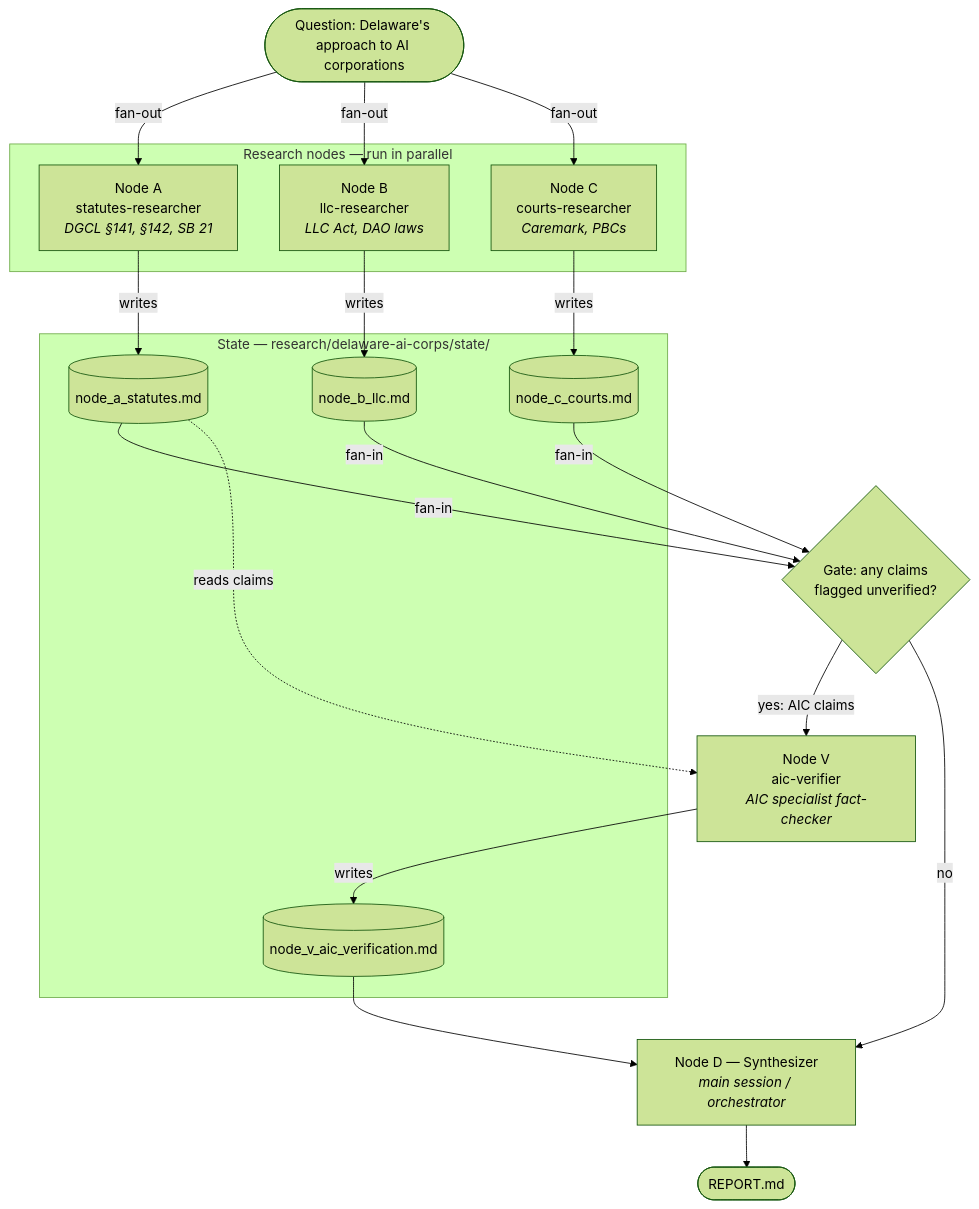
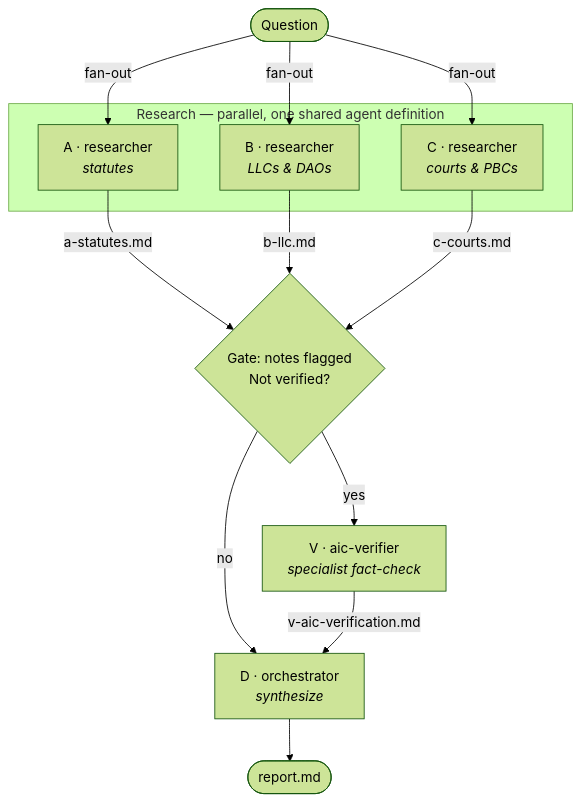
Before and after one commit to alexapanati-alt/AI-Corp: the diagram in README.md, drawn with Mermaid (forest theme). The commit also changed other lines of this file and 12 other files, not shown here.

First line of the commit message:
Flatten repo and merge researcher agents into one definition

````diff
--- a/README.md
+++ b/README.md
@@ -11,34 +11,24 @@
 ```mermaid
 flowchart TD
-    Q([Question: Delaware's approach to AI corporations])
+    Q([Question])
 
-    subgraph R[Research nodes — run in parallel]
-        A[Node A<br/>statutes-researcher<br/><i>DGCL §141, §142, SB 21</i>]
-        B[Node B<br/>llc-researcher<br/><i>LLC Act, DAO laws</i>]
-        C[Node C<br/>courts-researcher<br/><i>Caremark, PBCs</i>]
+    subgraph R[Research — parallel, one shared agent definition]
+        A[A · researcher<br/><i>statutes</i>]
+        B[B · researcher<br/><i>LLCs & DAOs</i>]
+        C[C · researcher<br/><i>courts & PBCs</i>]
     end
 
-    subgraph S[State — research/delaware-ai-corps/state/]
-        SA[(node_a_statutes.md)]
-        SB[(node_b_llc.md)]
-        SC[(node_c_courts.md)]
-        SV[(node_v_aic_verification.md)]
-    end
-
-    G{Gate: any claims<br/>flagged unverified?}
-    V[Node V<br/>aic-verifier<br/><i>AIC specialist fact-checker</i>]
-    D[Node D — Synthesizer<br/><i>main session / orchestrator</i>]
-    OUT([REPORT.md])
+    G{Gate: notes flagged<br/>Not verified?}
+    V[V · aic-verifier<br/><i>specialist fact-check</i>]
+    D[D · orchestrator<br/><i>synthesize</i>]
+    OUT([report.md])
 
     Q -->|fan-out| A & B & C
-    A -->|writes| SA
-    B -->|writes| SB
-    C -->|writes| SC
-    SA & SB & SC -->|fan-in| G
-    G -->|yes: AIC claims| V
-    SA -.->|reads claims| V
-    V -->|writes| SV
+    A -->|a-statutes.md| G
+    B -->|b-llc.md| G
+    C -->|c-courts.md| G
+    G -->|yes| V
     G -->|no| D
-    SV --> D
+    V -->|v-aic-verification.md| D
     D --> OUT
 ```
````
